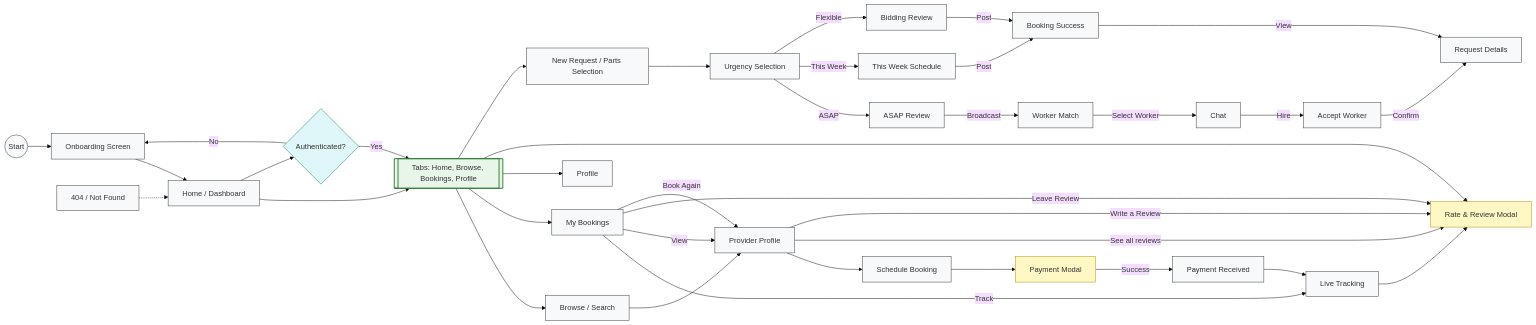
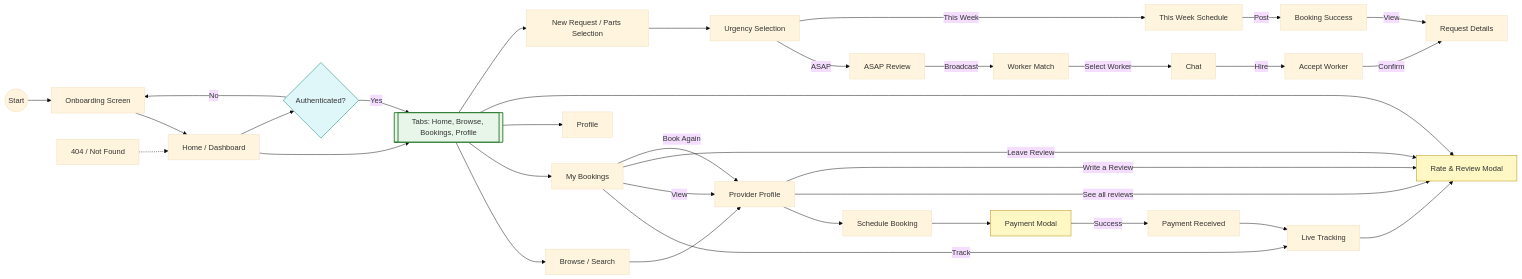
One commit to Vanitazsz/ayos-final changed the diagram in apps/mobile/docs/user-flow.md. Above: the diagram before and after it, drawn with Mermaid (base theme). The commit also changed other lines of this file and 31 other files, not shown here.

````diff
--- a/apps/mobile/docs/user-flow.md
+++ b/apps/mobile/docs/user-flow.md
@@ -53,82 +53,78 @@
 ```mermaid
 flowchart LR
   %% Nodes
   Start((Start))
   Onboarding[Onboarding Screen]
   Home[Home / Dashboard]
   Tabs[[Tabs: Home, Browse, Bookings, Profile]]
   Search[Browse / Search]
   NewRequest[New Request / Parts Selection]
   Urgency[Urgency Selection]
   ASAP[ASAP Review]
   ThisWeek[This Week Schedule]
-  Bidding[Bidding Review]
   Provider[Provider Profile]
   Booking[Schedule Booking]
   Payment[Payment Modal]
   PaymentReceived[Payment Received]
   Tracking[Live Tracking]
   ReviewModal[Rate & Review Modal]
   BookingsList[My Bookings]
   ProfileScreen[Profile]
   AcceptWorker[Accept Worker]
   Chat[Chat]
   Match[Worker Match]
   RequestDetails[Request Details]
   BookingSuccess[Booking Success]
   NotFound[404 / Not Found]
 
   %% Flow
   Start --> Onboarding
   Onboarding --> Home
   Home --> Tabs
   Tabs --> Search
   Tabs --> BookingsList
   Tabs --> ProfileScreen
   Tabs --> ReviewModal
 
   Tabs --> NewRequest
   NewRequest --> Urgency
   Urgency -->|ASAP| ASAP
   Urgency -->|This Week| ThisWeek
-  Urgency -->|Flexible| Bidding
 
   ASAP -->|Broadcast| Match
   Match -->|Select Worker| Chat
   Chat -->|Hire| AcceptWorker
   AcceptWorker -->|Confirm| RequestDetails
 
   ThisWeek -->|Post| BookingSuccess
-  Bidding -->|Post| BookingSuccess
   BookingSuccess -->|View| RequestDetails
 
   Search --> Provider
   Provider --> Booking
   Booking --> Payment
   Payment -->|Success| PaymentReceived
   PaymentReceived --> Tracking
   Tracking --> ReviewModal
   BookingsList -->|Track| Tracking
   BookingsList -->|View| Provider
   BookingsList -->|Leave Review| ReviewModal
   BookingsList -->|Book Again| Provider
   Provider -->|See all reviews| ReviewModal
   Provider -->|Write a Review| ReviewModal
 
   NotFound -.-> Home
 
   %% Decisions
   hasAuth{Authenticated?}
   Home --> hasAuth
   hasAuth -->|No| Onboarding
   hasAuth -->|Yes| Tabs
 
   classDef screen fill:#f8f9fa,stroke:#333,stroke-width:1px;
   classDef modal fill:#fff8c4,stroke:#b58900;
   classDef decision fill:#e0f7fa,stroke:#00796b,stroke-width:1px;
   classDef tabgroup fill:#e8f5e9,stroke:#2e7d32,stroke-width:2px;
-  class Start,Onboarding,Home,Search,NewRequest,Urgency,ASAP,ThisWeek,Bidding,Provider,Booking,Tracking,BookingsList,ProfileScreen,AcceptWorker,Chat,Match,RequestDetails,BookingSuccess,PaymentReceived,NotFound screen;
   class Payment,ReviewModal modal;
   class hasAuth decision;
   class Tabs tabgroup;
 ```
````
